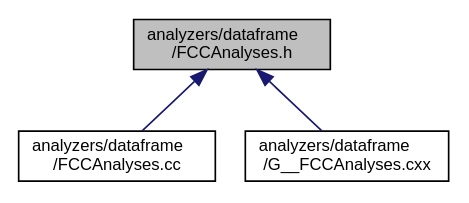
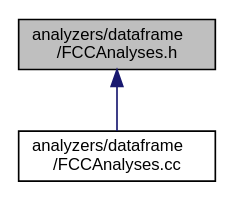
The diagram in doc/latest/_f_c_c_analyses_8h__dep__incl.dot (HEP-FCC/FCCAnalyses), drawn with Graphviz before and after one commit. The commit also changed 73 other files, not shown here.

```diff
--- a/doc/latest/_f_c_c_analyses_8h__dep__incl.dot
+++ b/doc/latest/_f_c_c_analyses_8h__dep__incl.dot
@@ -1,11 +1,9 @@
 digraph "analyzers/dataframe/FCCAnalyses.h"
 {
  // LATEX_PDF_SIZE
   edge [fontname="Helvetica",fontsize="10",labelfontname="Helvetica",labelfontsize="10"];
   node [fontname="Helvetica",fontsize="10",shape=record];
   Node1 [label="analyzers/dataframe\l/FCCAnalyses.h",height=0.2,width=0.4,color="black", fillcolor="grey75", style="filled", fontcolor="black",tooltip=" "];
   Node1 -> Node2 [dir="back",color="midnightblue",fontsize="10",style="solid",fontname="Helvetica"];
   Node2 [label="analyzers/dataframe\l/FCCAnalyses.cc",height=0.2,width=0.4,color="black", fillcolor="white", style="filled",URL="$_f_c_c_analyses_8cc.html",tooltip=" "];
-  Node1 -> Node3 [dir="back",color="midnightblue",fontsize="10",style="solid",fontname="Helvetica"];
-  Node3 [label="analyzers/dataframe\l/G__FCCAnalyses.cxx",height=0.2,width=0.4,color="black", fillcolor="white", style="filled",URL="$_g_____f_c_c_analyses_8cxx.html",tooltip=" "];
 }
```
